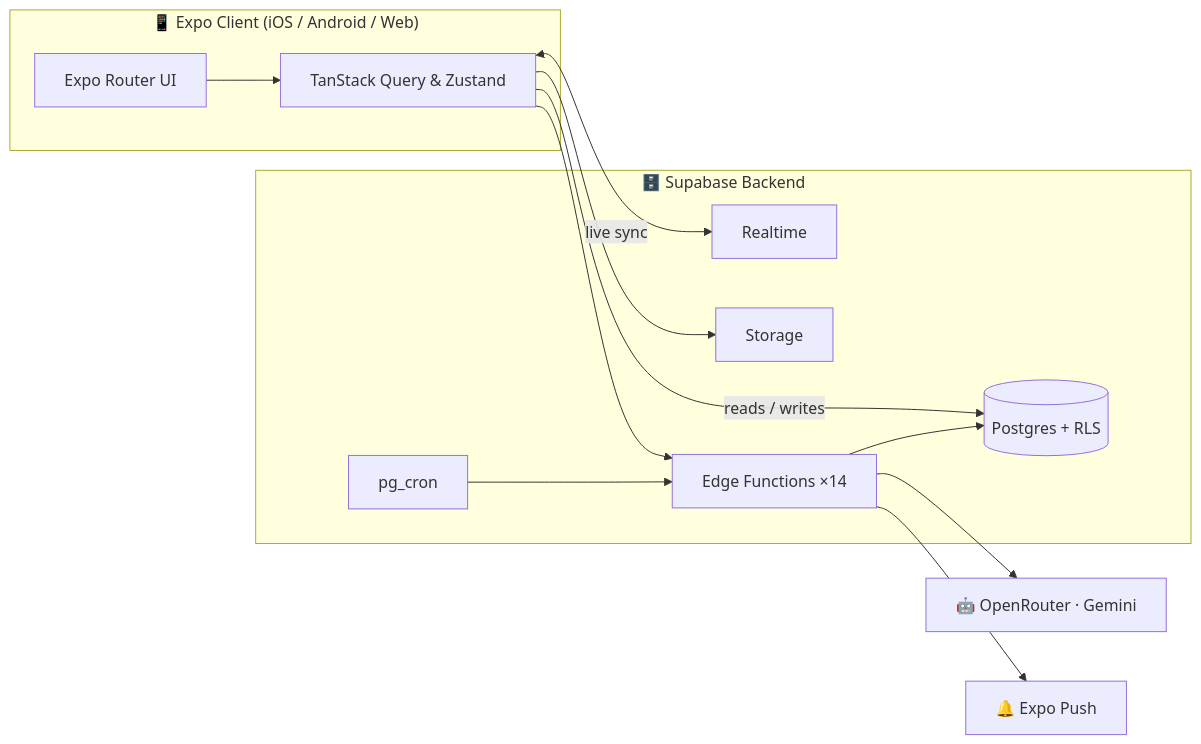
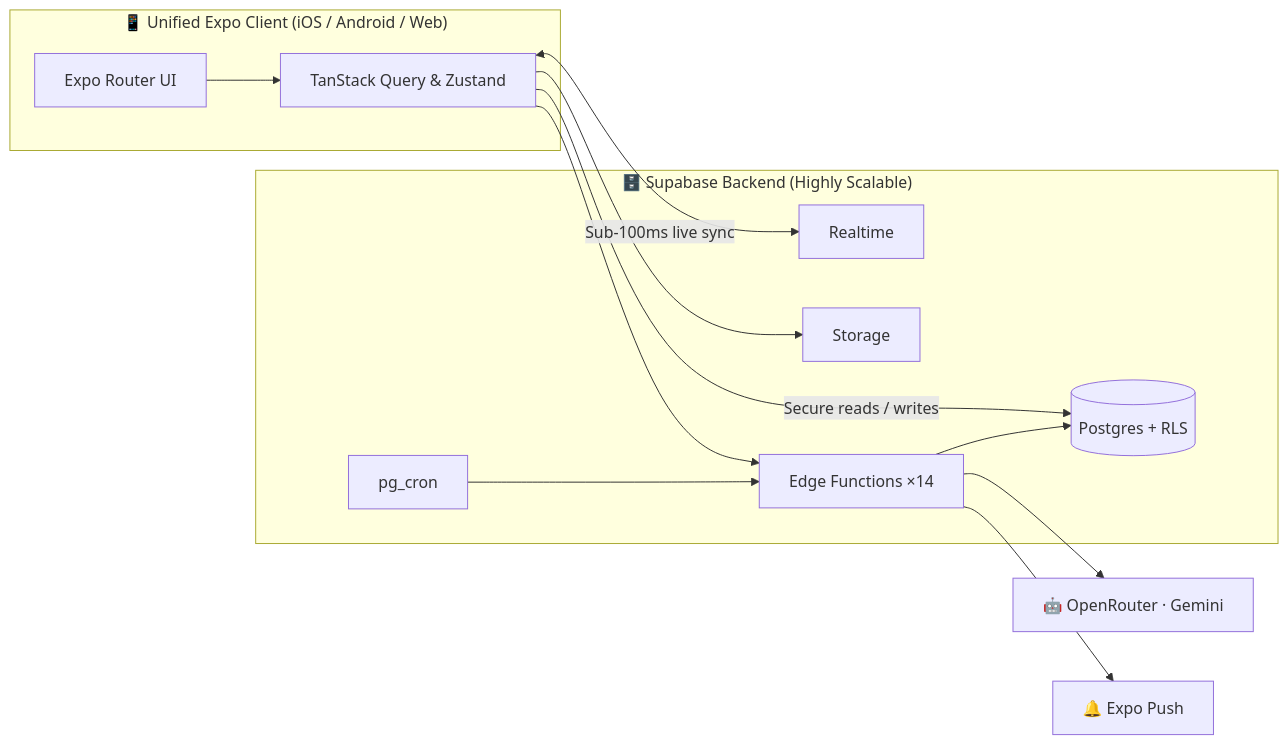
One commit to Ak2556/echo-mobile changed the diagram in README.md. Above: the diagram before and after it, drawn with Mermaid. The commit also changed other lines of this file, not shown here.

Commit message:
docs: pivot README to be highly investor and market-focused

````diff
--- a/README.md
+++ b/README.md
@@ -101,25 +68,25 @@
 ```mermaid
 flowchart LR
-  subgraph Client["📱 Expo Client (iOS / Android / Web)"]
+  subgraph Client["📱 Unified Expo Client (iOS / Android / Web)"]
     UI["Expo Router UI"]
     State["TanStack Query & Zustand"]
   end
-  subgraph Supabase["🗄️ Supabase Backend"]
+  subgraph Backend["🗄️ Supabase Backend (Highly Scalable)"]
     PG[("Postgres + RLS")]
     RT["Realtime"]
     ST["Storage"]
     EF["Edge Functions ×14"]
     CRON["pg_cron"]
   end
   AI["🤖 OpenRouter · Gemini"]
   Push["🔔 Expo Push"]
 
   UI --> State
-  State -->|reads / writes| PG
-  State <-->|live sync| RT
+  State -->|Secure reads / writes| PG
+  State <-->|Sub-100ms live sync| RT
   State --> ST
   State --> EF
   EF --> AI
   EF --> PG
   CRON --> EF --> Push
 ```
````
